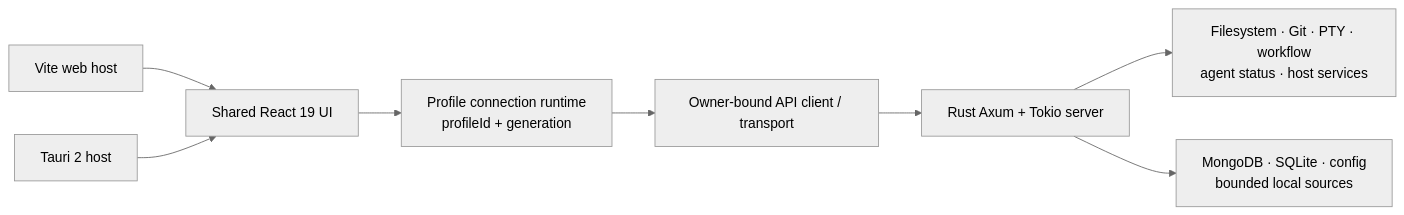
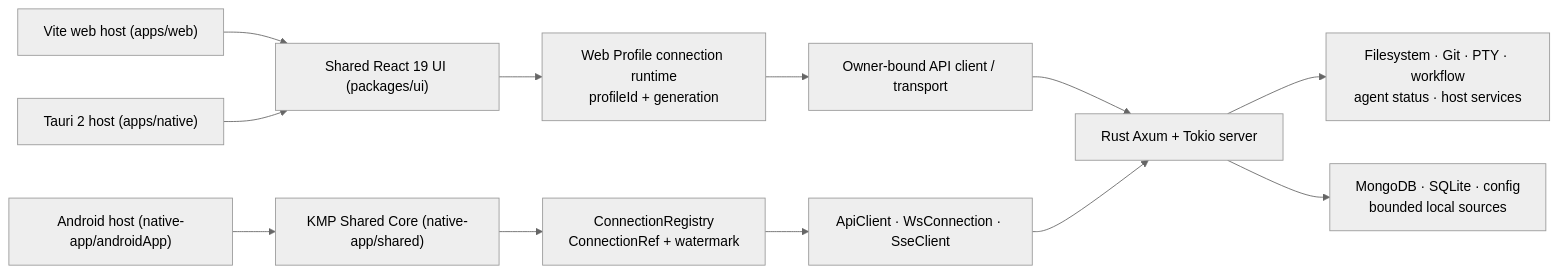
Before and after one commit to loidinhm31/dam-hopper: the diagram in docs/system-architecture.md, drawn with Mermaid (neutral theme). The commit also changed other lines of this file and 39 other files, not shown here.

First line of the commit message:
feat(native-app): implement contracts ownership and live transport (Phase 03)

````diff
--- a/docs/system-architecture.md
+++ b/docs/system-architecture.md
@@ -9,10 +9,14 @@
 ```mermaid
 flowchart LR
-  Web["Vite web host"] --> UI["Shared React 19 UI"]
-  Native["Tauri 2 host"] --> UI
-  UI --> Profiles["Profile connection runtime<br/>profileId + generation"]
+  Web["Vite web host (apps/web)"] --> UI["Shared React 19 UI (packages/ui)"]
+  Native["Tauri 2 host (apps/native)"] --> UI
+  Android["Android host (native-app/androidApp)"] --> KMP["KMP Shared Core (native-app/shared)"]
+  UI --> Profiles["Web Profile connection runtime<br/>profileId + generation"]
+  KMP --> Reg["ConnectionRegistry<br/>ConnectionRef + watermark"]
   Profiles --> Client["Owner-bound API client / transport"]
+  Reg --> ClientNative["ApiClient · WsConnection · SseClient"]
   Client --> Server["Rust Axum + Tokio server"]
+  ClientNative --> Server
   Server --> Domains["Filesystem · Git · PTY · workflow<br/>agent status · host services"]
   Server --> Store["MongoDB · SQLite · config<br/>bounded local sources"]
 ```
````
